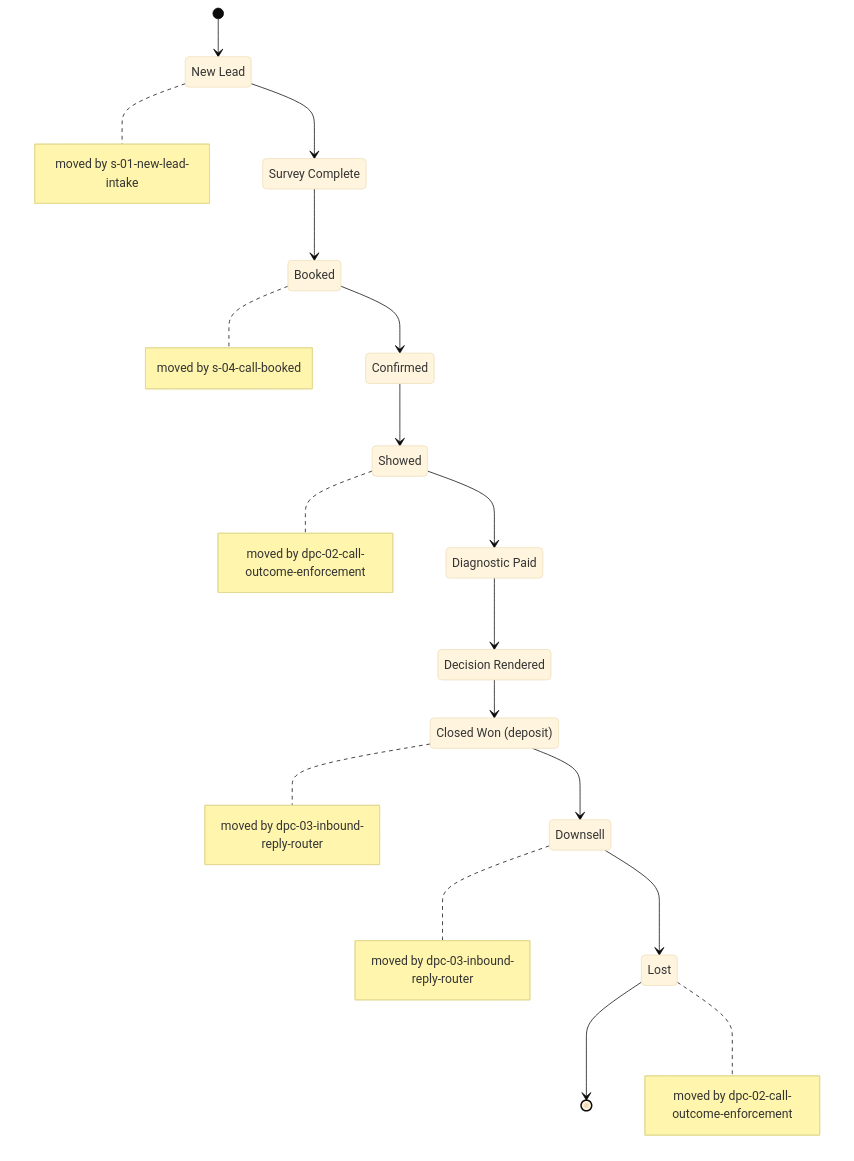
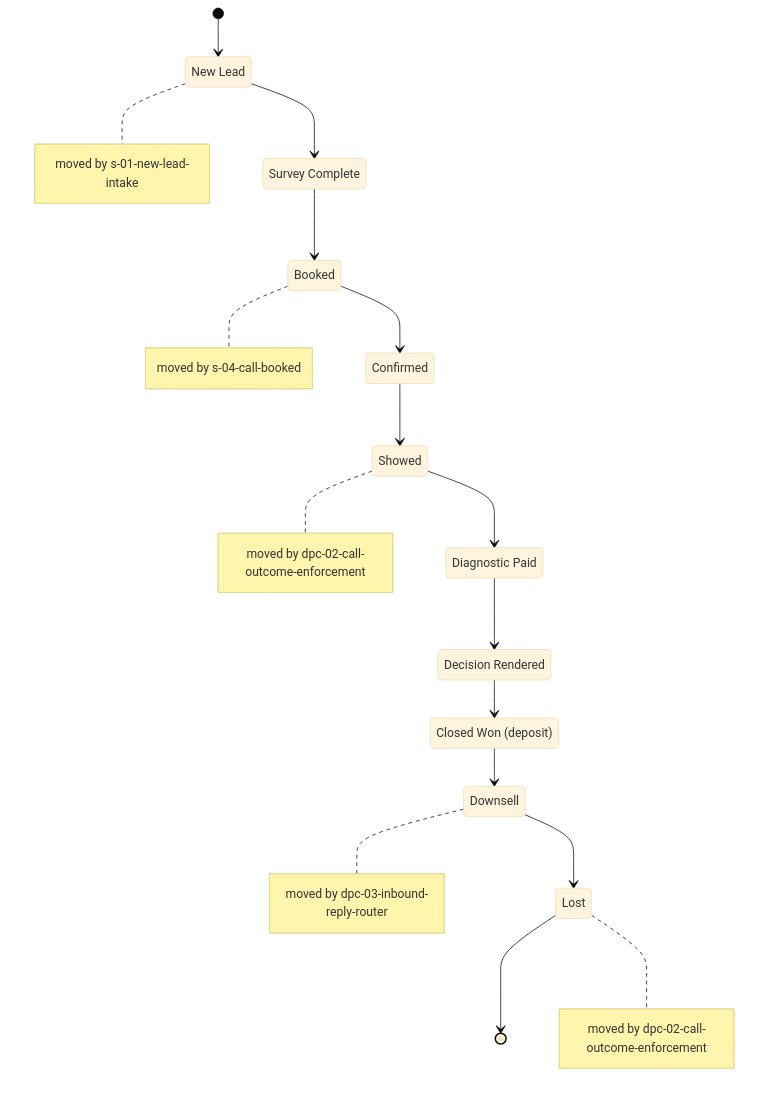
One commit to ZootimusMaximusSupreme/fundhub-platform changed the diagram in docs/diagrams/rails/sales.md. Above: the diagram before and after it, drawn with Mermaid (base theme). The commit also changed other lines of this file and 18 other files, not shown here.

````diff
--- a/docs/diagrams/rails/sales.md
+++ b/docs/diagrams/rails/sales.md
@@ -9,31 +9,30 @@
 ```mermaid
 stateDiagram-v2
     state "New Lead" as new_lead
     state "Survey Complete" as survey_complete
     state "Booked" as booked
     state "Confirmed" as confirmed
     state "Showed" as showed
     state "Diagnostic Paid" as diagnostic_paid
     state "Decision Rendered" as decision_rendered
     state "Closed Won (deposit)" as closed_won
     state "Downsell" as downsell
     state "Lost" as lost
 
     [*] --> new_lead
     new_lead --> survey_complete
     survey_complete --> booked
     booked --> confirmed
     confirmed --> showed
     showed --> diagnostic_paid
     diagnostic_paid --> decision_rendered
     decision_rendered --> closed_won
     closed_won --> downsell
     downsell --> lost
     lost --> [*]
     note right of showed : moved by dpc-02-call-outcome-enforcement
     note right of lost : moved by dpc-02-call-outcome-enforcement
-    note right of closed_won : moved by dpc-03-inbound-reply-router
     note right of downsell : moved by dpc-03-inbound-reply-router
     note right of new_lead : moved by s-01-new-lead-intake
     note right of booked : moved by s-04-call-booked
 ```
````
